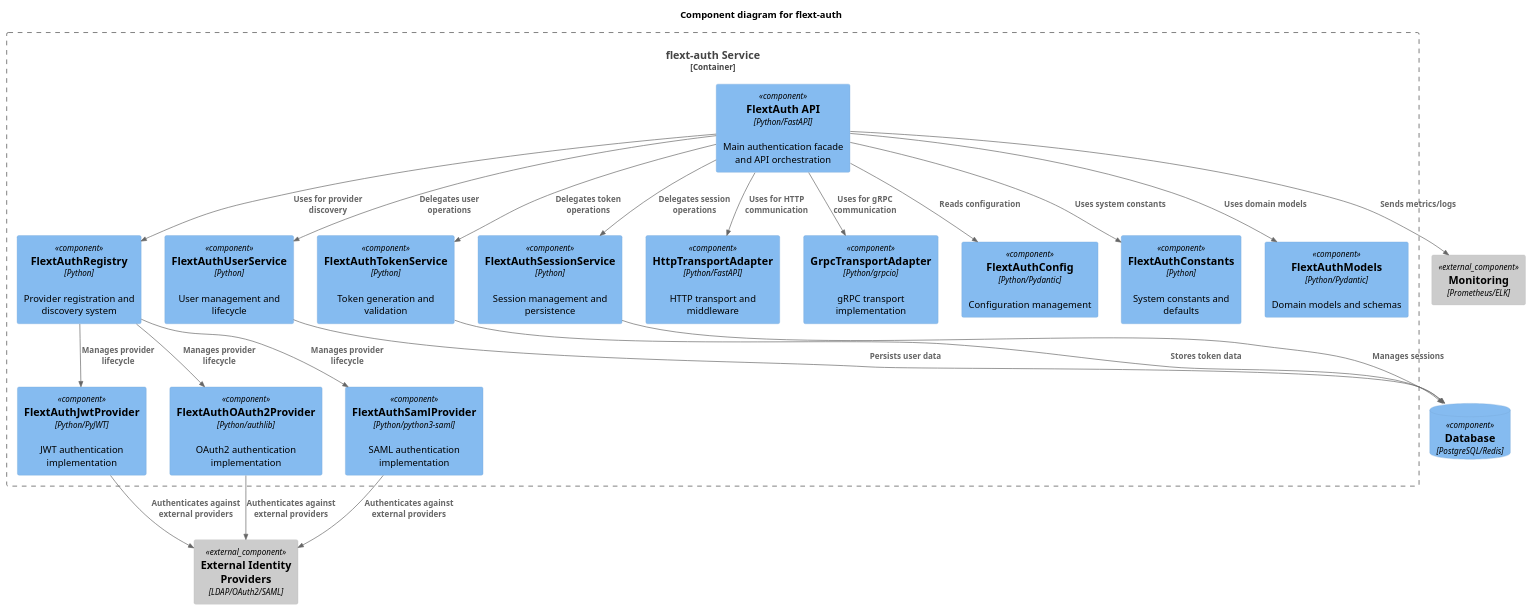
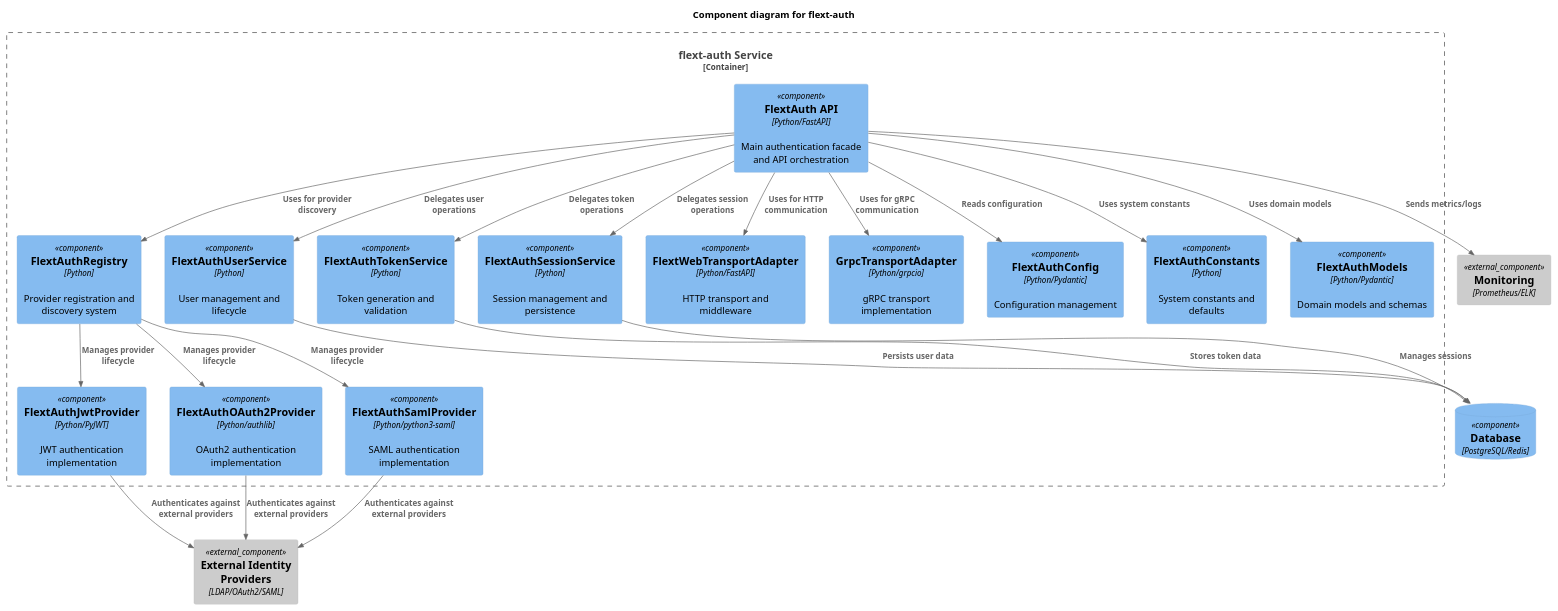
One commit to flext-sh/flext-auth changed the diagram in docs/architecture/diagrams/plantuml/component-architecture.puml. Above: the diagram before and after it, drawn with PlantUML. The commit also changed 48 other files, not shown here.

```diff
--- a/docs/architecture/diagrams/plantuml/component-architecture.puml
+++ b/docs/architecture/diagrams/plantuml/component-architecture.puml
@@ -1,58 +1,58 @@
 @startuml Component Architecture
 !include https://raw.githubusercontent.com/plantuml-stdlib/C4-PlantUML/master/C4_Component.puml
 
 title Component diagram for flext-auth
 
 Container_Boundary(auth_service, "flext-auth Service") {
 
     Component(api_facade, "FlextAuth API", "Python/FastAPI", "Main authentication facade and API orchestration")
 
     Component(provider_registry, "FlextAuthRegistry", "Python", "Provider registration and discovery system")
 
     Component(jwt_provider, "FlextAuthJwtProvider", "Python/PyJWT", "JWT authentication implementation")
     Component(oauth2_provider, "FlextAuthOAuth2Provider", "Python/authlib", "OAuth2 authentication implementation")
     Component(saml_provider, "FlextAuthSamlProvider", "Python/python3-saml", "SAML authentication implementation")
 
     Component(user_service, "FlextAuthUserService", "Python", "User management and lifecycle")
     Component(token_service, "FlextAuthTokenService", "Python", "Token generation and validation")
     Component(session_service, "FlextAuthSessionService", "Python", "Session management and persistence")
 
-    Component(http_transport, "HttpTransportAdapter", "Python/FastAPI", "HTTP transport and middleware")
+    Component(http_transport, "FlextWebTransportAdapter", "Python/FastAPI", "HTTP transport and middleware")
     Component(grpc_transport, "GrpcTransportAdapter", "Python/grpcio", "gRPC transport implementation")
 
     Component(config, "FlextAuthConfig", "Python/Pydantic", "Configuration management")
     Component(constants, "FlextAuthConstants", "Python", "System constants and defaults")
     Component(models, "FlextAuthModels", "Python/Pydantic", "Domain models and schemas")
 }
 
 Component_Ext(ext_identity, "External Identity Providers", "LDAP/OAuth2/SAML")
 ComponentDb(database, "Database", "PostgreSQL/Redis")
 Component_Ext(monitoring, "Monitoring", "Prometheus/ELK")
 
 Rel(api_facade, provider_registry, "Uses for provider discovery")
 Rel(api_facade, user_service, "Delegates user operations")
 Rel(api_facade, token_service, "Delegates token operations")
 Rel(api_facade, session_service, "Delegates session operations")
 
 Rel(provider_registry, jwt_provider, "Manages provider lifecycle")
 Rel(provider_registry, oauth2_provider, "Manages provider lifecycle")
 Rel(provider_registry, saml_provider, "Manages provider lifecycle")
 
 Rel(jwt_provider, ext_identity, "Authenticates against external providers")
 Rel(oauth2_provider, ext_identity, "Authenticates against external providers")
 Rel(saml_provider, ext_identity, "Authenticates against external providers")
 
 Rel(user_service, database, "Persists user data")
 Rel(token_service, database, "Stores token data")
 Rel(session_service, database, "Manages sessions")
 
 Rel(api_facade, http_transport, "Uses for HTTP communication")
 Rel(api_facade, grpc_transport, "Uses for gRPC communication")
 
 Rel(api_facade, config, "Reads configuration")
 Rel(api_facade, constants, "Uses system constants")
 Rel(api_facade, models, "Uses domain models")
 
 Rel(api_facade, monitoring, "Sends metrics/logs")
 
 @enduml
```
